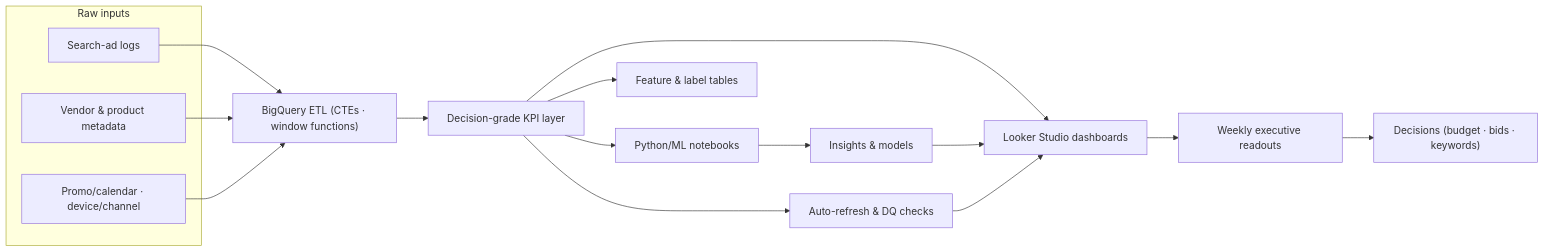
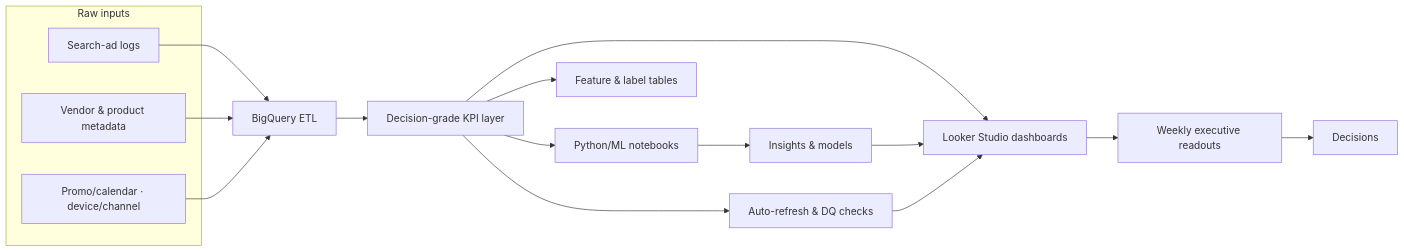
The second of 6 diagrams in README.md (LuDanielPoyu/McKinsey-Data-Scientist), drawn with Mermaid before and after one commit. The commit also changed other lines of this file, not shown here.

````diff
--- a/README.md
+++ b/README.md
@@ -80,29 +80,29 @@
 ```mermaid
 flowchart LR
   %% Inputs
   subgraph RAW["Raw inputs"]
     A["Search-ad logs"]
     B["Vendor & product metadata"]
     C["Promo/calendar · device/channel"]
   end
 
   %% BigQuery layer
-  A & B & C --> D["BigQuery ETL (CTEs · window functions)"]
+  A & B & C --> D["BigQuery ETL"]
   D --> E["Decision-grade KPI layer"]
 
   %% ML / Analytics
   E --> F["Python/ML notebooks"]
   F --> G["Insights & models"]
   E --> Q["Feature & label tables"]
 
   %% BI / Readouts
   E --> H["Looker Studio dashboards"]
   G --> H
   H --> I["Weekly executive readouts"]
-  I --> J["Decisions (budget · bids · keywords)"]
+  I --> J["Decisions"]
 
   %% Quality & Refresh
   E --> M["Auto-refresh & DQ checks"]
   M --> H
 
 ```
````
